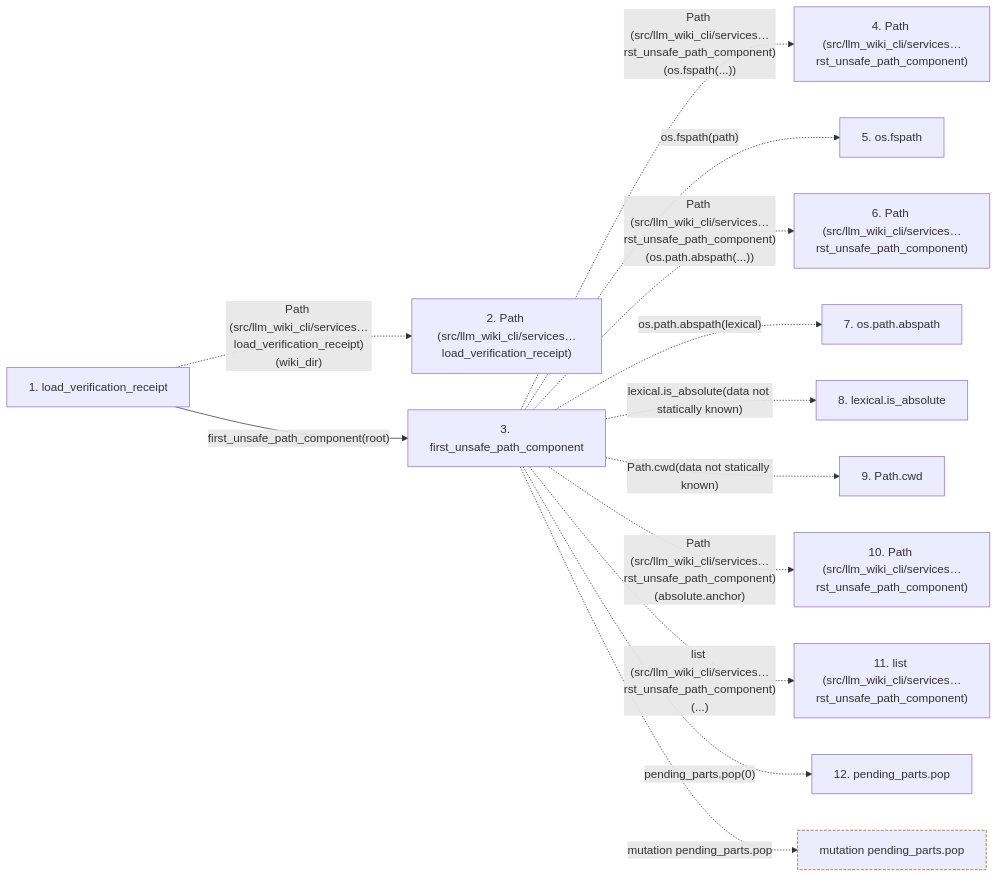
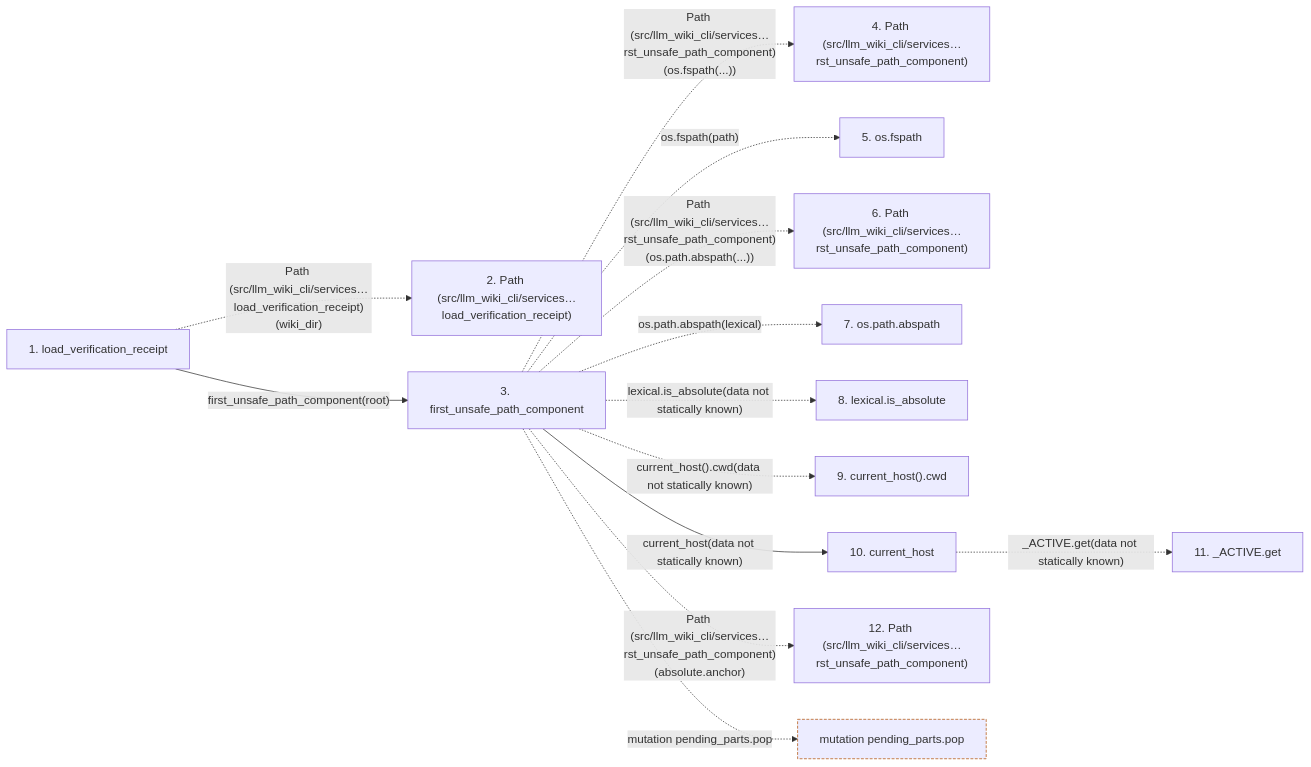
Before and after one commit to Denissvgn/python-wiki-llm: the second of 2 diagrams in docs/llm_wiki/flows/api-load_verification_receipt.md, drawn with Mermaid. The commit also changed other lines of this file and 1555 other files, not shown here.

````diff
--- a/docs/llm_wiki/flows/api-load_verification_receipt.md
+++ b/docs/llm_wiki/flows/api-load_verification_receipt.md
@@ -129,32 +138,33 @@
 ```mermaid
 flowchart LR
     s1["1. load_verification_receipt"]
     s2["2. Path (src/llm_wiki_cli/services…load_verification_receipt)"]
     s3["3. first_unsafe_path_component"]
     s4["4. Path (src/llm_wiki_cli/services…rst_unsafe_path_component)"]
     s5["5. os.fspath"]
     s6["6. Path (src/llm_wiki_cli/services…rst_unsafe_path_component)"]
     s7["7. os.path.abspath"]
     s8["8. lexical.is_absolute"]
-    s9["9. Path.cwd"]
-    s10["10. Path (src/llm_wiki_cli/services…rst_unsafe_path_component)"]
-    s11["11. list (src/llm_wiki_cli/services…rst_unsafe_path_component)"]
-    s12["12. pending_parts.pop"]
+    s9["9. current_host().cwd"]
+    s10["10. current_host"]
+    s11["11. _ACTIVE.get"]
+    s12["12. Path (src/llm_wiki_cli/services…rst_unsafe_path_component)"]
     s1 -. "Path (src/llm_wiki_cli/services…load_verification_receipt)(wiki_dir)" .-> s2
     s1 -->|"first_unsafe_path_component(root)"| s3
     s3 -. "Path (src/llm_wiki_cli/services…rst_unsafe_path_component)(os.fspath(...))" .-> s4
     s3 -. "os.fspath(path)" .-> s5
     s3 -. "Path (src/llm_wiki_cli/services…rst_unsafe_path_component)(os.path.abspath(...))" .-> s6
     s3 -. "os.path.abspath(lexical)" .-> s7
     s3 -. "lexical.is_absolute(data not statically known)" .-> s8
-    s3 -. "Path.cwd(data not statically known)" .-> s9
-    s3 -. "Path (src/llm_wiki_cli/services…rst_unsafe_path_component)(absolute.anchor)" .-> s10
-    s3 -. "list (src/llm_wiki_cli/services…rst_unsafe_path_component)(...)" .-> s11
-    s3 -. "pending_parts.pop(0)" .-> s12
+    s3 -. "current_host().cwd(data not statically known)" .-> s9
+    s3 -->|"current_host(data not statically known)"| s10
+    s10 -. "_ACTIVE.get(data not statically known)" .-> s11
+    s3 -. "Path (src/llm_wiki_cli/services…rst_unsafe_path_component)(absolute.anchor)" .-> s12
     b0["mutation pending_parts.pop"]
     s3 -. "mutation pending_parts.pop" .-> b0
     click s1 "../modules/verification_contracts.md"
     click s3 "../modules/io.md"
+    click s10 "../modules/host.md"
     classDef boundary stroke:#b45309,stroke-dasharray: 4 2
     class b0 boundary
 ```
````
